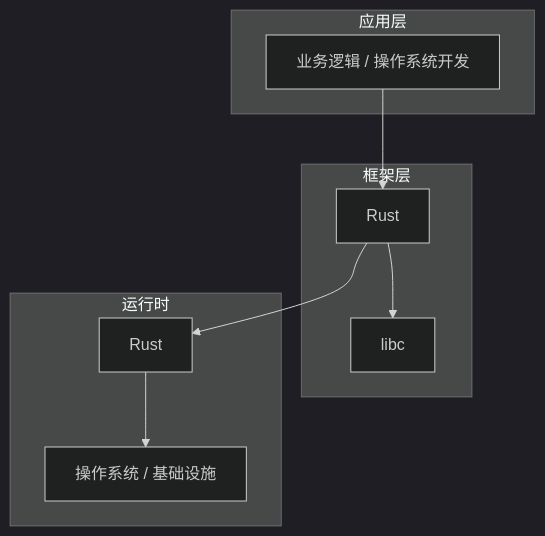
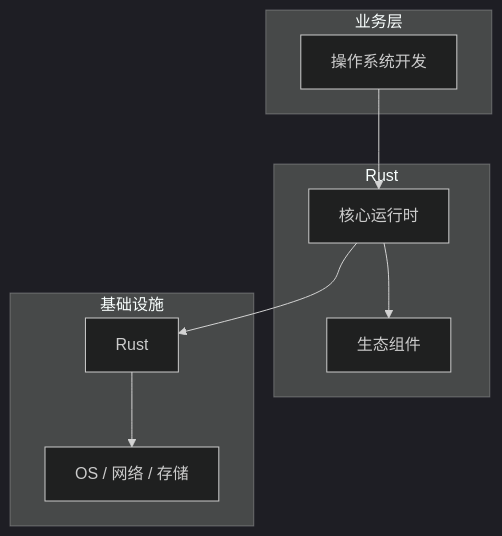
Before and after one commit to yanggan2015/knowledge-json-v2: the diagram in articles/Rust系统编程/chapters/036-操作系统开发核心概念与原理.md, drawn with Mermaid (dark theme). The commit also changed other lines of this file and 10127 other files, not shown here.

````diff
--- a/articles/Rust系统编程/chapters/036-操作系统开发核心概念与原理.md
+++ b/articles/Rust系统编程/chapters/036-操作系统开发核心概念与原理.md
@@ -45,18 +30,18 @@
 ```mermaid
 graph TB
-    subgraph 应用层
-        A[业务逻辑 / 操作系统开发]
+    subgraph 业务层
+        A[操作系统开发]
     end
-    subgraph 框架层
-        B[Rust]
-        C[libc]
+    subgraph Rust
+        B[核心运行时]
+        C[生态组件]
     end
-    subgraph 运行时
+    subgraph 基础设施
         D[Rust]
-        E[操作系统 / 基础设施]
+        E[OS / 网络 / 存储]
     end
     A --> B
     B --> C
     B --> D
     D --> E
 ```
````
